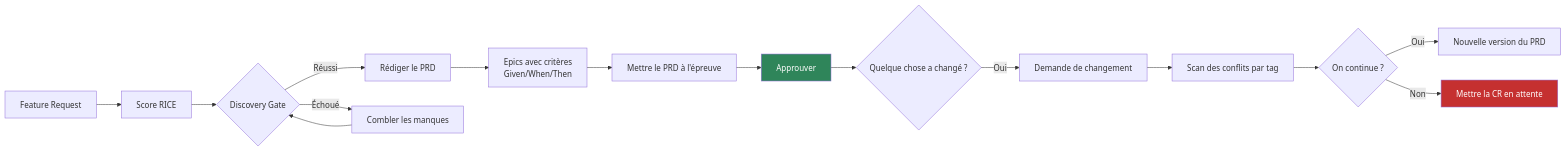
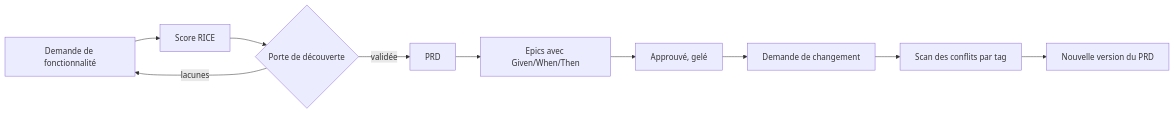
The diagram in _readmes/README.fr.md (Nhat-Nguyet/product-skill-jev), drawn with Mermaid before and after one commit. The commit also changed other lines of this file and 6 other files, not shown here.

````diff
--- a/_readmes/README.fr.md
+++ b/_readmes/README.fr.md
@@ -154,20 +93,12 @@
 ```mermaid
 graph LR
-    FR[Feature Request] --> RICE[Score RICE]
-    RICE --> Gate{Discovery Gate}
-    Gate -->|Réussi| PRD[Rédiger le PRD]
-    Gate -->|Échoué| Fix[Combler les manques]
-    Fix --> Gate
-    PRD --> Epics[Epics avec critères\nGiven/When/Then]
-    Epics --> Grill[Mettre le PRD à l'épreuve]
-    Grill --> Approve[Approuver]
-    Approve --> Change{Quelque chose a changé ?}
-    Change -->|Oui| CR[Demande de changement]
+    FR[Demande de fonctionnalité] --> RICE[Score RICE]
+    RICE --> Gate{Porte de découverte}
+    Gate -->|validée| PRD[PRD]
+    Gate -->|lacunes| FR
+    PRD --> Epics[Epics avec Given/When/Then]
+    Epics --> Approve[Approuvé, gelé]
+    Approve --> CR[Demande de changement]
     CR --> Scan[Scan des conflits par tag]
-    Scan --> Confirm{On continue ?}
-    Confirm -->|Oui| Apply[Nouvelle version du PRD]
-    Confirm -->|Non| Hold[Mettre la CR en attente]
-
-    style Approve fill:#2f855a,color:#fff
-    style Hold fill:#c53030,color:#fff
+    Scan --> V2[Nouvelle version du PRD]
 ```
````
